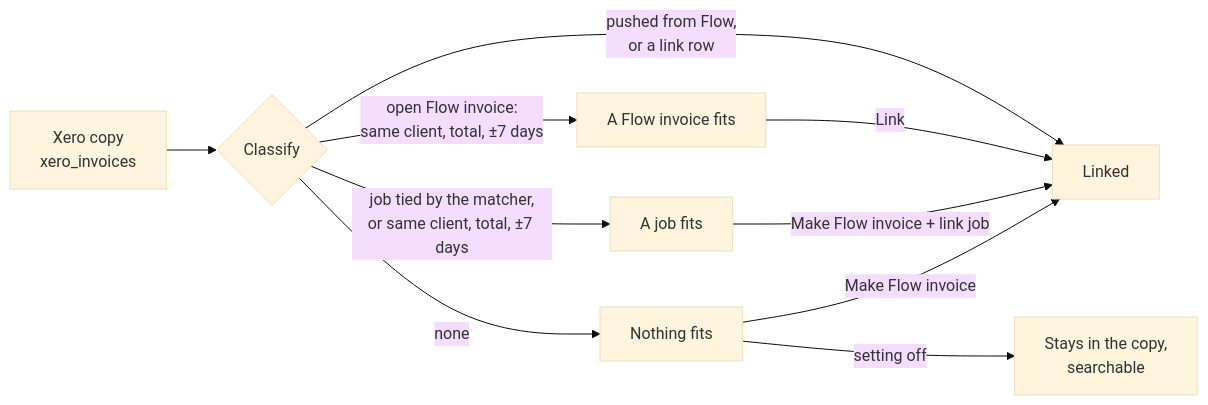
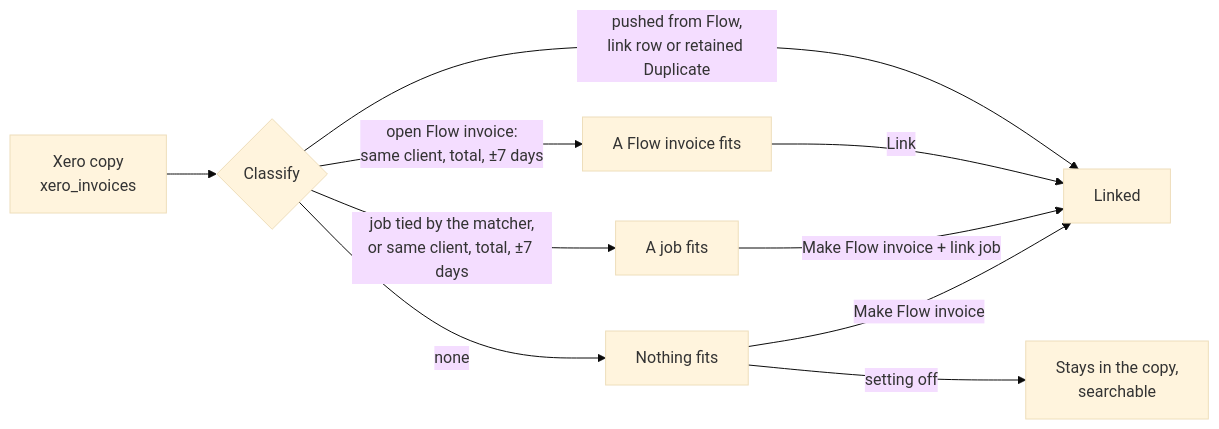
One commit to arcforgelabs/flow changed the diagram in docs/XERO_IMPORT.md. Above: the diagram before and after it, drawn with Mermaid (base theme). The commit also changed other lines of this file and 5 other files, not shown here.

````diff
--- a/docs/XERO_IMPORT.md
+++ b/docs/XERO_IMPORT.md
@@ -29,12 +29,12 @@
 ```mermaid
 flowchart LR
   copy[Xero copy<br/>xero_invoices] --> classify{Classify}
-  classify -- pushed from Flow,<br/>or a link row --> linked[Linked]
+  classify -- pushed from Flow,<br/>link row or retained Duplicate --> linked[Linked]
   classify -- open Flow invoice:<br/>same client, total, ±7 days --> invoice[A Flow invoice fits]
   classify -- job tied by the matcher,<br/>or same client, total, ±7 days --> job[A job fits]
   classify -- none --> none[Nothing fits]
   invoice -- Link --> linked
   job -- Make Flow invoice + link job --> linked
   none -- Make Flow invoice --> linked
   none -- setting off --> stays[Stays in the copy,<br/>searchable]
 ```
````
